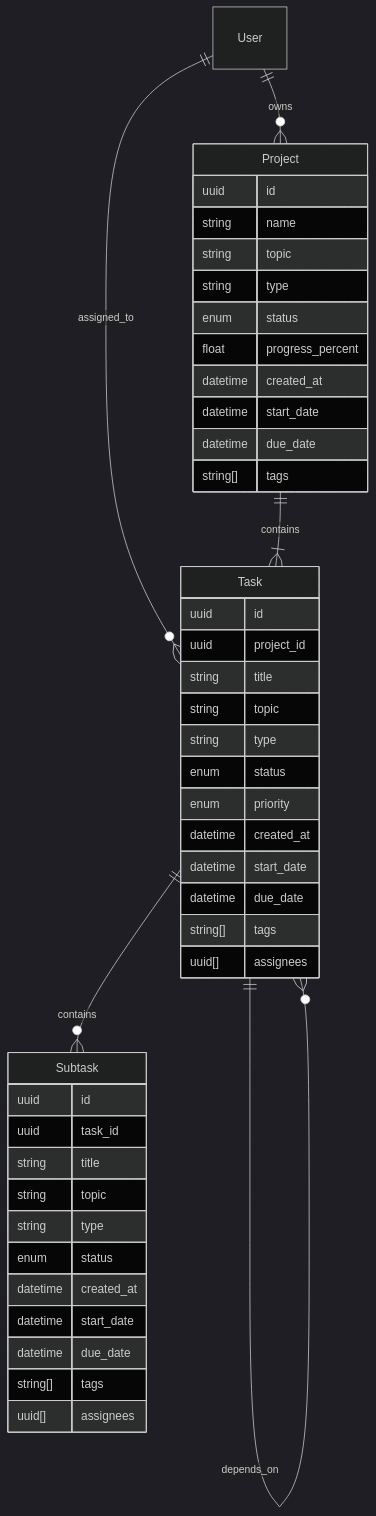
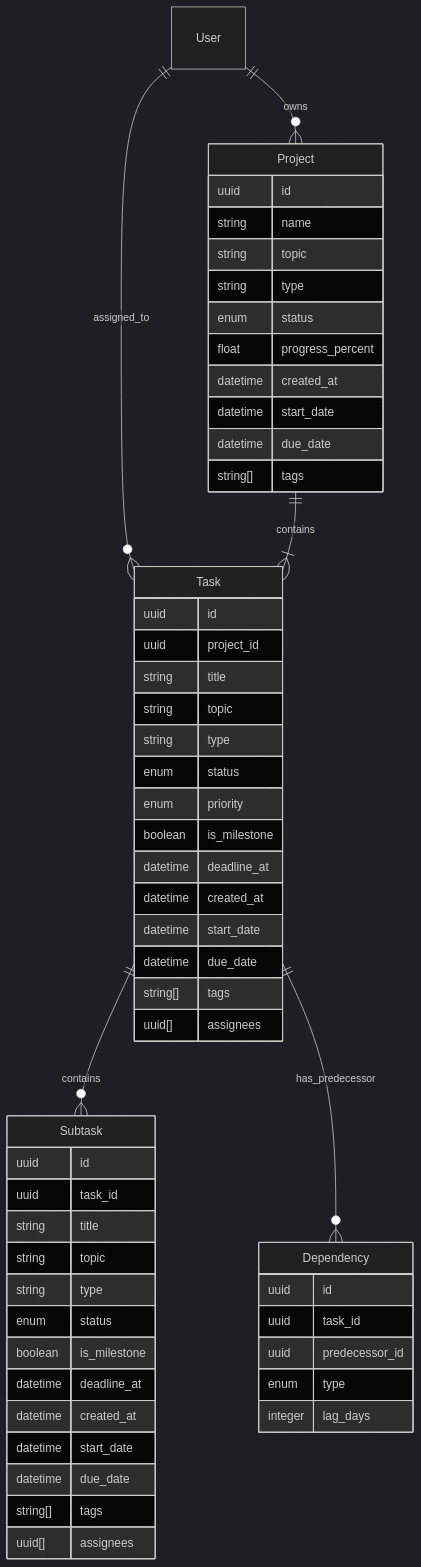
Before and after one commit to MGriot/Monolith: the diagram in conductor/product.md, drawn with Mermaid (dark theme). The commit also changed other lines of this file, not shown here.

````diff
--- a/conductor/product.md
+++ b/conductor/product.md
@@ -99,50 +116,62 @@
 ```mermaid
 erDiagram
     User ||--o{ Project : owns
     User ||--o{ Task : assigned_to
     Project ||--|{ Task : contains
     Task ||--o{ Subtask : contains
-    Task ||--o{ Task : depends_on
+    Task ||--o{ Dependency : has_predecessor
     
     Project {
         uuid id
         string name
         string topic
         string type
         enum status
         float progress_percent
         datetime created_at
         datetime start_date
         datetime due_date
         string[] tags
     }
     
     Task {
         uuid id
         uuid project_id
         string title
         string topic
         string type
         enum status
         enum priority
+        boolean is_milestone
+        datetime deadline_at
         datetime created_at
         datetime start_date
         datetime due_date
         string[] tags
         uuid[] assignees
     }
     
     Subtask {
         uuid id
         uuid task_id
         string title
         string topic
         string type
         enum status
+        boolean is_milestone
+        datetime deadline_at
         datetime created_at
         datetime start_date
         datetime due_date
         string[] tags
         uuid[] assignees
     }
+
+    Dependency {
+        uuid id
+        uuid task_id
+        uuid predecessor_id
+        enum type
+        integer lag_days
+    }
 ```
````
